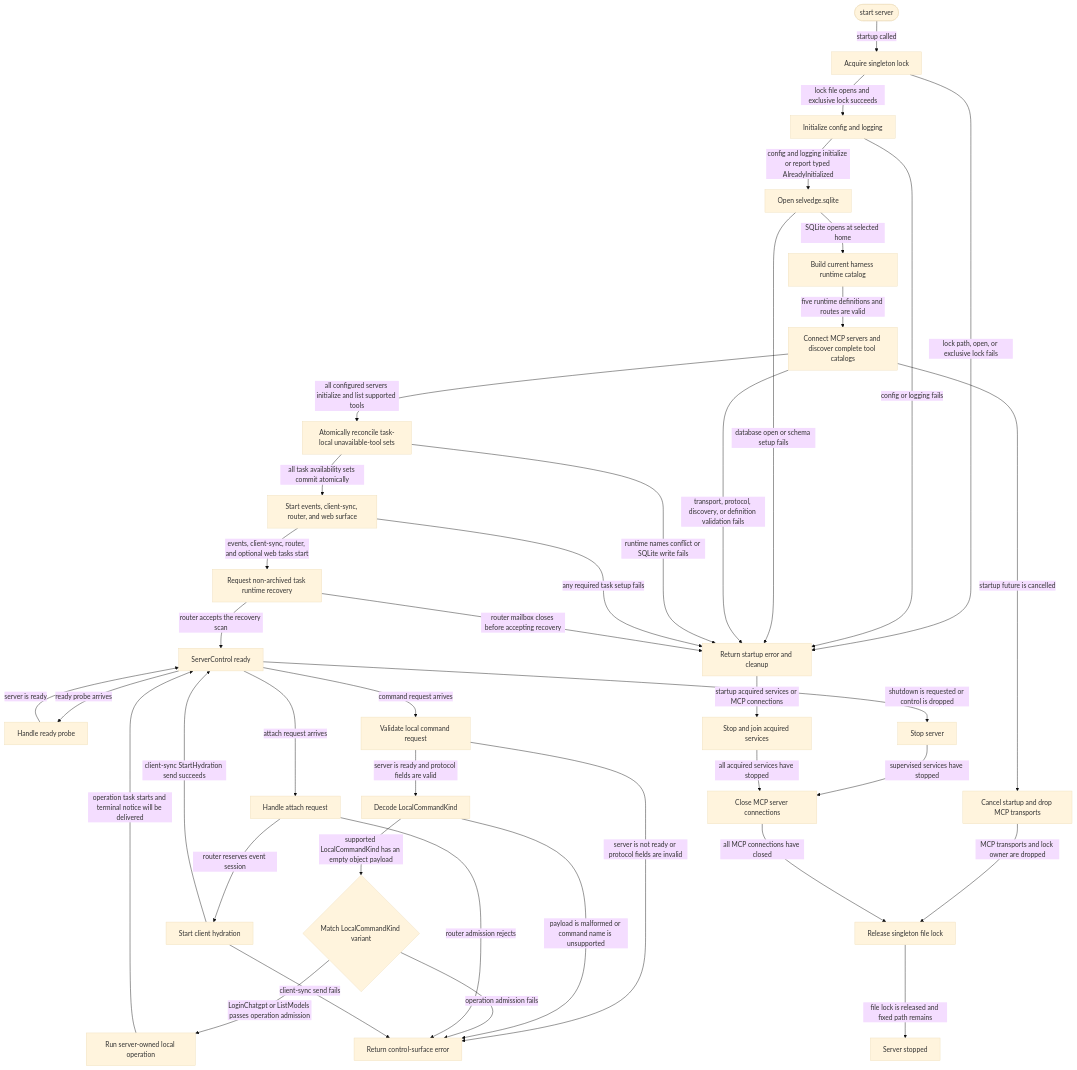
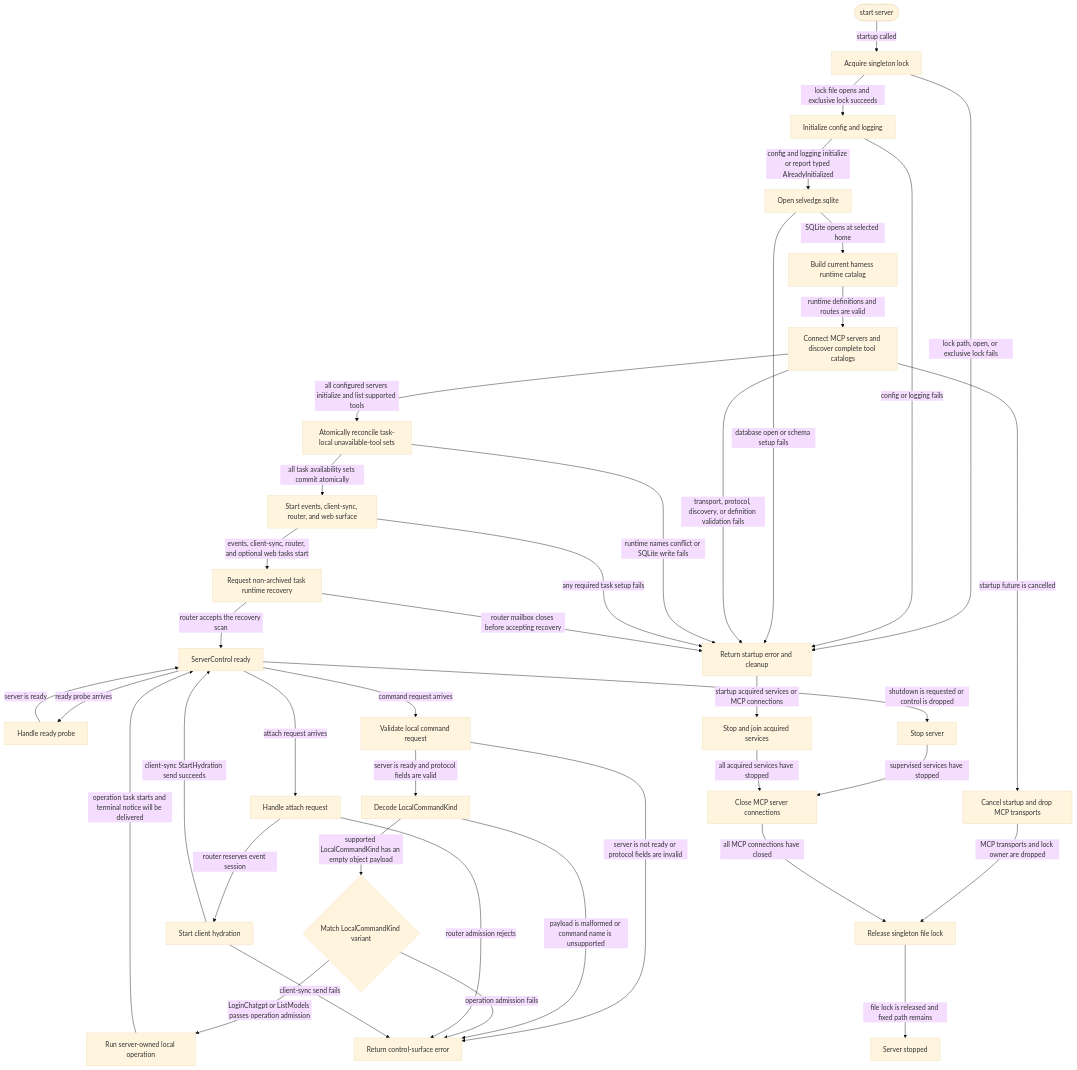
The diagram in crates/server/README.md (JiaJunDeng5930/Selvedge), drawn with Mermaid (base theme) before and after one commit. The commit also changed other lines of this file and 45 other files, not shown here.

````diff
--- a/crates/server/README.md
+++ b/crates/server/README.md
@@ -43,68 +43,68 @@
 ```mermaid
 flowchart TD
   Start([start server])
   Lock[Acquire singleton lock]
   InitConfig[Initialize config and logging]
   OpenDb[Open selvedge.sqlite]
   BuildHarness[Build current harness runtime catalog]
   DiscoverMcp[Connect MCP servers and discover complete tool catalogs]
   CancelStartup[Cancel startup and drop MCP transports]
   ReconcileTools[Atomically reconcile task-local unavailable-tool sets]
   SpawnServices[Start events, client-sync, router, and web surface]
   Recover[Request non-archived task runtime recovery]
   Ready[ServerControl ready]
   Probe[Handle ready probe]
   Submit[Validate local command request]
   Decode[Decode LocalCommandKind]
   Dispatch{Match LocalCommandKind variant}
   LocalOperation[Run server-owned local operation]
   Attach[Handle attach request]
   Hydrate[Start client hydration]
   Stop[Stop server]
   RollbackServices[Stop and join acquired services]
   CloseMcp[Close MCP server connections]
   ReleaseLock[Release singleton file lock]
   StartupFailure[Return startup error and cleanup]
   RequestFailure[Return control-surface error]
   Stopped[Server stopped]
 
   Start -->|startup called| Lock
   Lock -->|lock file opens and exclusive lock succeeds| InitConfig
   Lock -->|lock path, open, or exclusive lock fails| StartupFailure
   InitConfig -->|config and logging initialize or report typed AlreadyInitialized| OpenDb
   InitConfig -->|config or logging fails| StartupFailure
   OpenDb -->|SQLite opens at selected home| BuildHarness
   OpenDb -->|database open or schema setup fails| StartupFailure
-  BuildHarness -->|five runtime definitions and routes are valid| DiscoverMcp
+  BuildHarness -->|runtime definitions and routes are valid| DiscoverMcp
   DiscoverMcp -->|all configured servers initialize and list supported tools| ReconcileTools
   DiscoverMcp -->|transport, protocol, discovery, or definition validation fails| StartupFailure
   DiscoverMcp -->|startup future is cancelled| CancelStartup
   ReconcileTools -->|all task availability sets commit atomically| SpawnServices
   ReconcileTools -->|runtime names conflict or SQLite write fails| StartupFailure
   SpawnServices -->|events, client-sync, router, and optional web tasks start| Recover
   SpawnServices -->|any required task setup fails| StartupFailure
   Recover -->|router accepts the recovery scan| Ready
   Recover -->|router mailbox closes before accepting recovery| StartupFailure
   Ready -->|ready probe arrives| Probe
   Probe -->|server is ready| Ready
   Ready -->|command request arrives| Submit
   Submit -->|server is ready and protocol fields are valid| Decode
   Submit -->|server is not ready or protocol fields are invalid| RequestFailure
   Decode -->|supported LocalCommandKind has an empty object payload| Dispatch
   Decode -->|payload is malformed or command name is unsupported| RequestFailure
   Dispatch -->|LoginChatgpt or ListModels passes operation admission| LocalOperation
   Dispatch -->|operation admission fails| RequestFailure
   LocalOperation -->|operation task starts and terminal notice will be delivered| Ready
   Ready -->|attach request arrives| Attach
   Attach -->|router reserves event session| Hydrate
   Attach -->|router admission rejects| RequestFailure
   Hydrate -->|client-sync StartHydration send succeeds| Ready
   Hydrate -->|client-sync send fails| RequestFailure
   Ready -->|shutdown is requested or control is dropped| Stop
   Stop -->|supervised services have stopped| CloseMcp
   StartupFailure -->|startup acquired services or MCP connections| RollbackServices
   CancelStartup -->|MCP transports and lock owner are dropped| ReleaseLock
   RollbackServices -->|all acquired services have stopped| CloseMcp
   CloseMcp -->|all MCP connections have closed| ReleaseLock
   ReleaseLock -->|file lock is released and fixed path remains| Stopped
 ```
````
